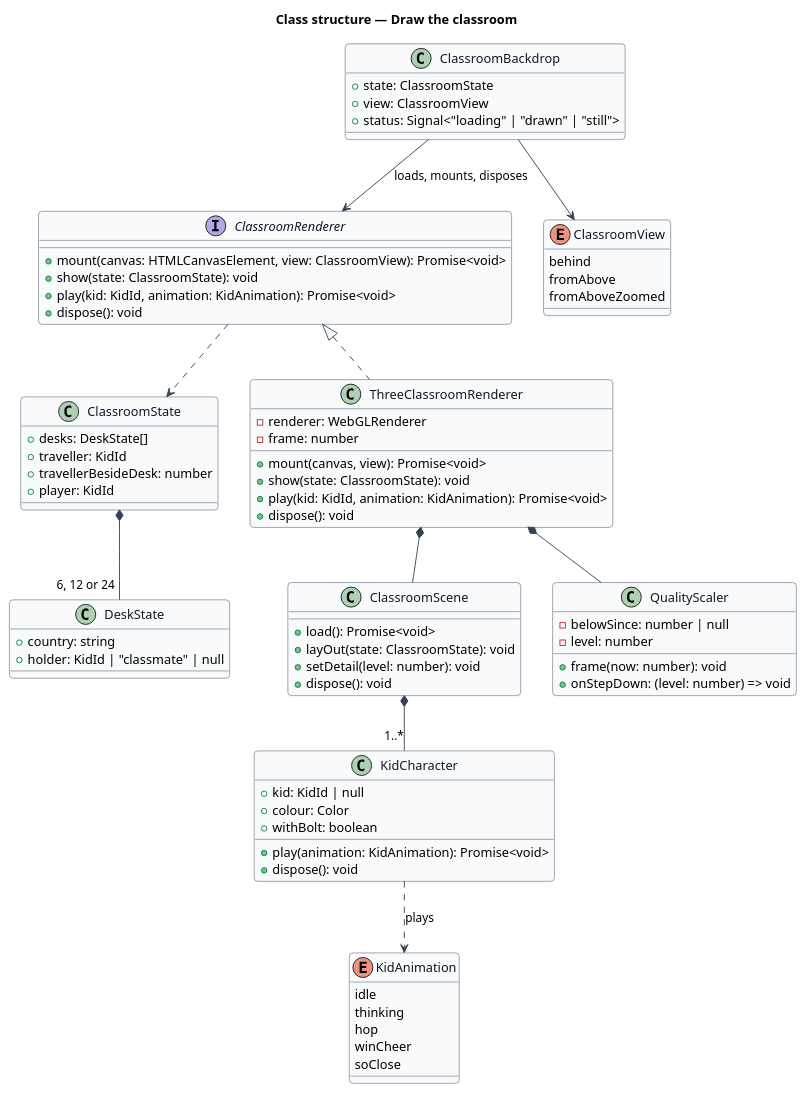
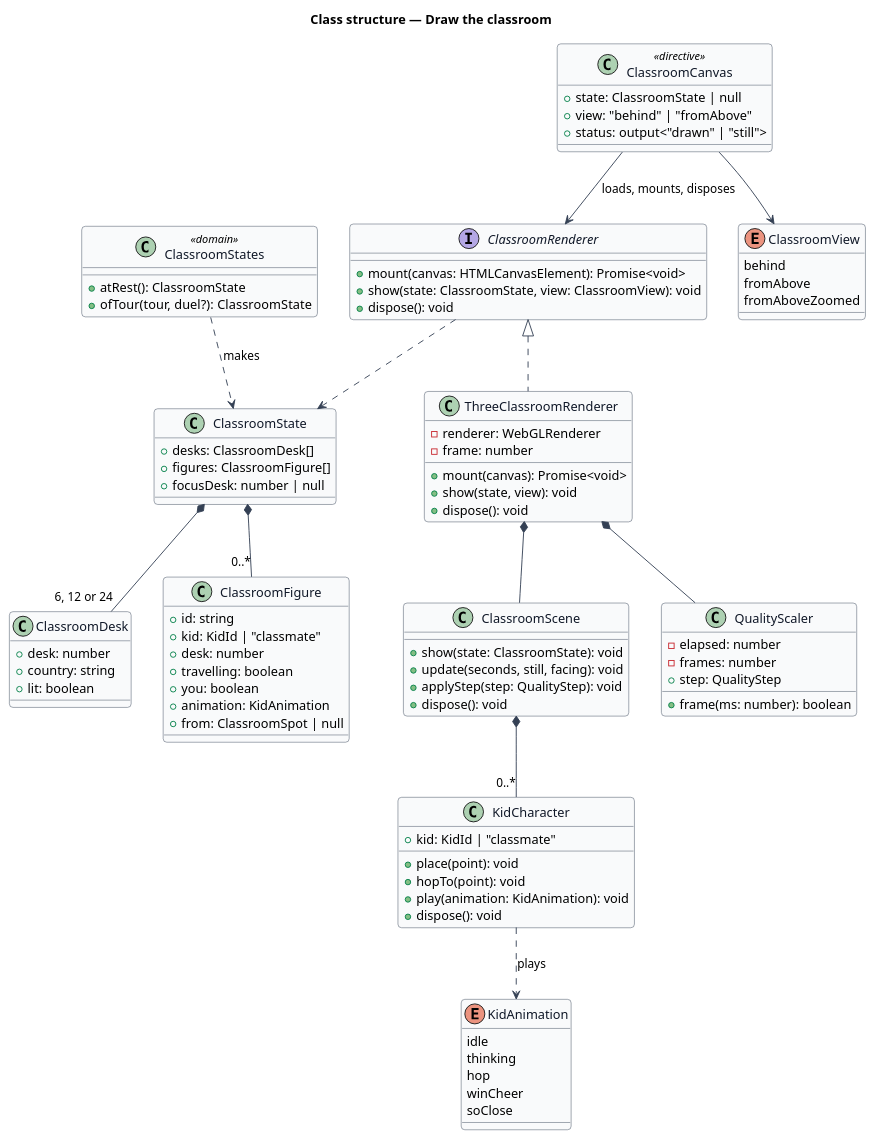
The diagram in docs/detailed-designs/classroom/draw-classroom/diagrams/class-structure.puml (QuinntyneBrown/around-the-world), drawn with PlantUML before and after one commit. The commit also changed 12 other files, not shown here.

First line of the commit message:
Record how the classroom is drawn: its scenes, stand-in, plan and detail

```diff
--- a/docs/detailed-designs/classroom/draw-classroom/diagrams/class-structure.puml
+++ b/docs/detailed-designs/classroom/draw-classroom/diagrams/class-structure.puml
@@ -1,86 +1,99 @@
 @startuml
 ' --- shared skin header ---
 skinparam backgroundColor #FFFFFF
 skinparam shadowing false
 skinparam roundcorner 8
 skinparam defaultFontName Arial
 skinparam ArrowColor #344054
 skinparam class {
   BorderColor #344054
   FontColor #101828
   BackgroundColor #F9FAFB
 }
 ' --------------------------
 title Class structure — Draw the classroom
 
 interface ClassroomRenderer {
-  +mount(canvas: HTMLCanvasElement, view: ClassroomView): Promise<void>
-  +show(state: ClassroomState): void
-  +play(kid: KidId, animation: KidAnimation): Promise<void>
+  +mount(canvas: HTMLCanvasElement): Promise<void>
+  +show(state: ClassroomState, view: ClassroomView): void
   +dispose(): void
 }
 enum KidAnimation {
   idle
   thinking
   hop
   winCheer
   soClose
 }
 enum ClassroomView {
   behind
   fromAbove
   fromAboveZoomed
 }
 class ClassroomState {
-  +desks: DeskState[]
-  +traveller: KidId
-  +travellerBesideDesk: number
-  +player: KidId
+  +desks: ClassroomDesk[]
+  +figures: ClassroomFigure[]
+  +focusDesk: number | null
 }
-class DeskState {
+class ClassroomDesk {
+  +desk: number
   +country: string
-  +holder: KidId | "classmate" | null
+  +lit: boolean
+}
+class ClassroomFigure {
+  +id: string
+  +kid: KidId | "classmate"
+  +desk: number
+  +travelling: boolean
+  +you: boolean
+  +animation: KidAnimation
+  +from: ClassroomSpot | null
 }
 class ThreeClassroomRenderer {
   -renderer: WebGLRenderer
   -frame: number
-  +mount(canvas, view): Promise<void>
-  +show(state: ClassroomState): void
-  +play(kid: KidId, animation: KidAnimation): Promise<void>
+  +mount(canvas): Promise<void>
+  +show(state, view): void
   +dispose(): void
 }
 class ClassroomScene {
-  +load(): Promise<void>
-  +layOut(state: ClassroomState): void
-  +setDetail(level: number): void
+  +show(state: ClassroomState): void
+  +update(seconds, still, facing): void
+  +applyStep(step: QualityStep): void
   +dispose(): void
 }
 class KidCharacter {
-  +kid: KidId | null
-  +colour: Color
-  +withBolt: boolean
-  +play(animation: KidAnimation): Promise<void>
+  +kid: KidId | "classmate"
+  +place(point): void
+  +hopTo(point): void
+  +play(animation: KidAnimation): void
   +dispose(): void
 }
 class QualityScaler {
-  -belowSince: number | null
-  -level: number
-  +frame(now: number): void
-  +onStepDown: (level: number) => void
+  -elapsed: number
+  -frames: number
+  +step: QualityStep
+  +frame(ms: number): boolean
 }
-class ClassroomBackdrop {
-  +state: ClassroomState
-  +view: ClassroomView
-  +status: Signal<"loading" | "drawn" | "still">
+class ClassroomCanvas <<directive>> {
+  +state: ClassroomState | null
+  +view: "behind" | "fromAbove"
+  +status: output<"drawn" | "still">
+}
+class ClassroomStates <<domain>> {
+  +atRest(): ClassroomState
+  +ofTour(tour, duel?): ClassroomState
 }
 
 ClassroomRenderer <|.. ThreeClassroomRenderer
-ClassroomBackdrop --> ClassroomRenderer : loads, mounts, disposes
+ClassroomCanvas --> ClassroomRenderer : loads, mounts, disposes
 ThreeClassroomRenderer *-- ClassroomScene
 ThreeClassroomRenderer *-- QualityScaler
-ClassroomScene *-- "1..*" KidCharacter
-ClassroomState *-- "6, 12 or 24" DeskState
+ClassroomScene *-- "0..*" KidCharacter
+ClassroomState *-- "6, 12 or 24" ClassroomDesk
+ClassroomState *-- "0..*" ClassroomFigure
+ClassroomStates ..> ClassroomState : makes
 ClassroomRenderer ..> ClassroomState
 KidCharacter ..> KidAnimation : plays
-ClassroomBackdrop --> ClassroomView
+ClassroomCanvas --> ClassroomView
 @enduml
```
